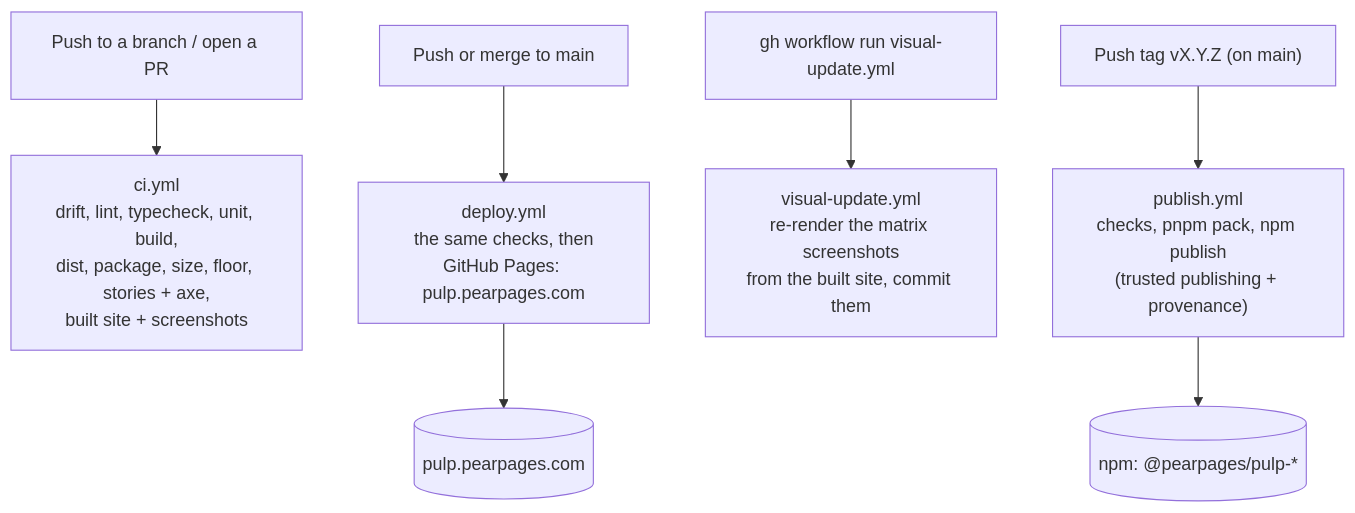
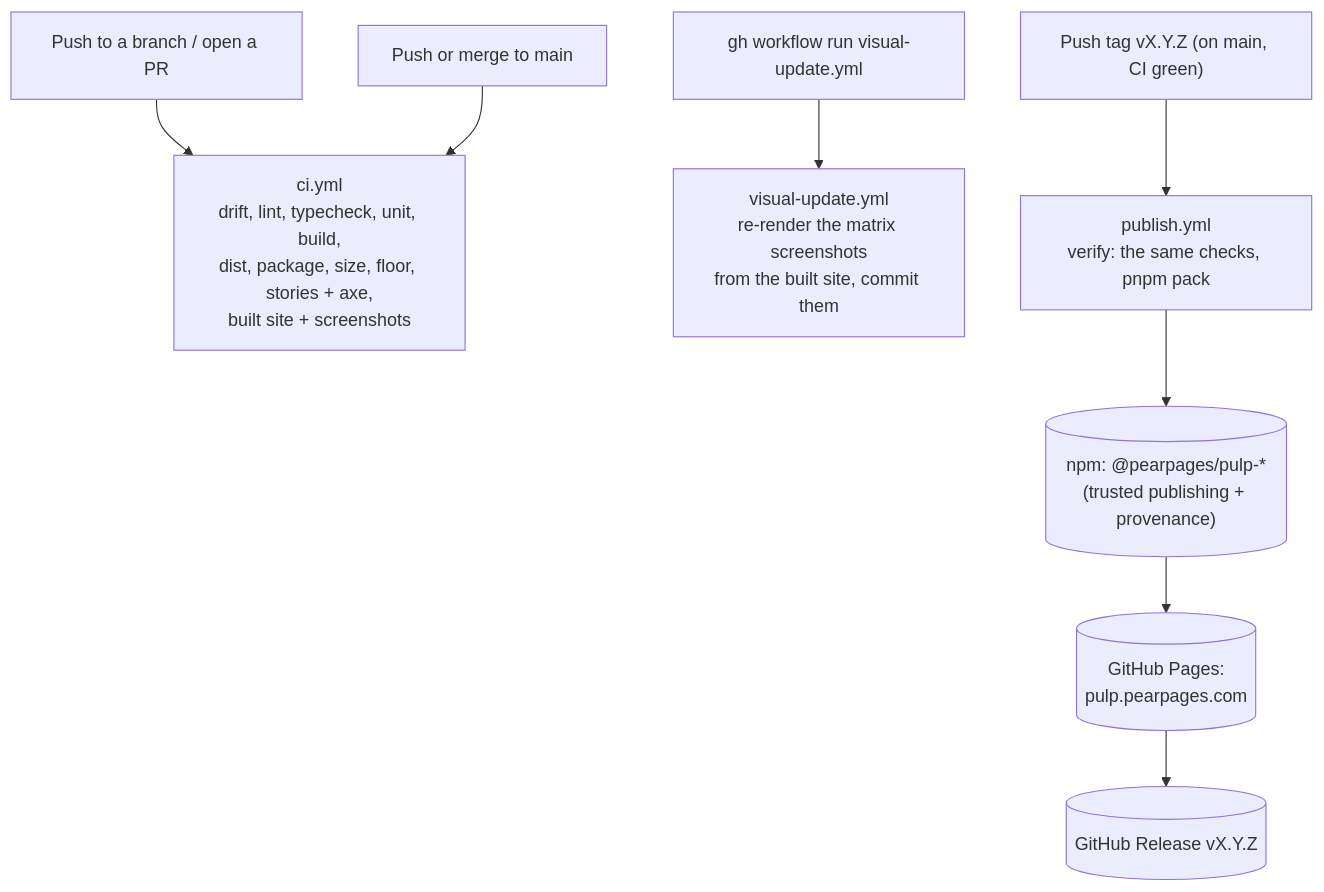
One commit to pearpages/pulp changed the third of 3 diagrams in architecture.md. Above: the diagram before and after it, drawn with Mermaid. The commit also changed other lines of this file and 13 other files, not shown here.

First line of the commit message:
Record 017: a release is a tag

````diff
--- a/architecture.md
+++ b/architecture.md
@@ -122,9 +122,10 @@
 ```mermaid
 flowchart TD
   branch["Push to a branch / open a PR"] --> ci["ci.yml<br/>drift, lint, typecheck, unit, build,<br/>dist, package, size, floor, stories + axe,<br/>built site + screenshots"]
-  main["Push or merge to main"] --> deploy["deploy.yml<br/>the same checks, then<br/>GitHub Pages: pulp.pearpages.com"]
+  branch2["Push or merge to main"] --> ci
   dispatch["gh workflow run visual-update.yml"] --> visual["visual-update.yml<br/>re-render the matrix screenshots<br/>from the built site, commit them"]
-  tag["Push tag vX.Y.Z (on main)"] --> publish["publish.yml<br/>checks, pnpm pack, npm publish<br/>(trusted publishing + provenance)"]
-  publish --> npm[("npm: @pearpages/pulp-*")]
-  deploy --> site[("pulp.pearpages.com")]
+  tag["Push tag vX.Y.Z (on main, CI green)"] --> publish["publish.yml<br/>verify: the same checks, pnpm pack"]
+  publish --> npm[("npm: @pearpages/pulp-*<br/>(trusted publishing + provenance)")]
+  npm --> site[("GitHub Pages:<br/>pulp.pearpages.com")]
+  site --> release[("GitHub Release vX.Y.Z")]
 ```
````
